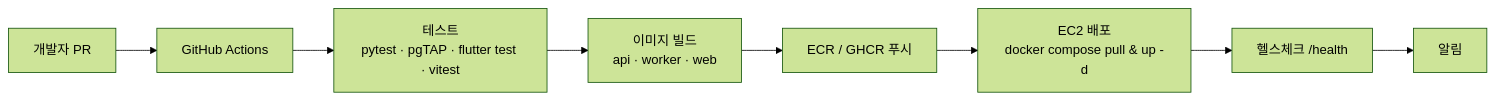
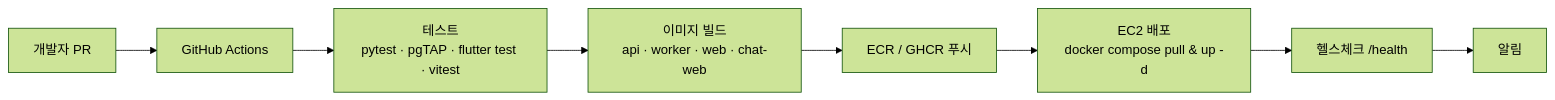
The third of 3 diagrams in DOC/Step 1/기술 명세서.md (obhht2302-ctrl/AIO_team_04_final_project), drawn with Mermaid (forest theme) before and after one commit. The commit also changed other lines of this file and 4 other files, not shown here.

````diff
--- a/DOC/Step 1/기술 명세서.md
+++ b/DOC/Step 1/기술 명세서.md
@@ -509,10 +576,10 @@
 ```mermaid
 flowchart LR
   DEV["개발자 PR"] --> GHA["GitHub Actions"]
   GHA --> T["테스트<br>pytest · pgTAP · flutter test · vitest"]
-  T --> B["이미지 빌드<br>api · worker · web"]
+  T --> B["이미지 빌드<br>api · worker · web · chat-web"]
   B --> R["ECR / GHCR 푸시"]
   R --> D["EC2 배포<br>docker compose pull & up -d"]
   D --> H["헬스체크 /health"]
   H --> N["알림"]
 ```
````
